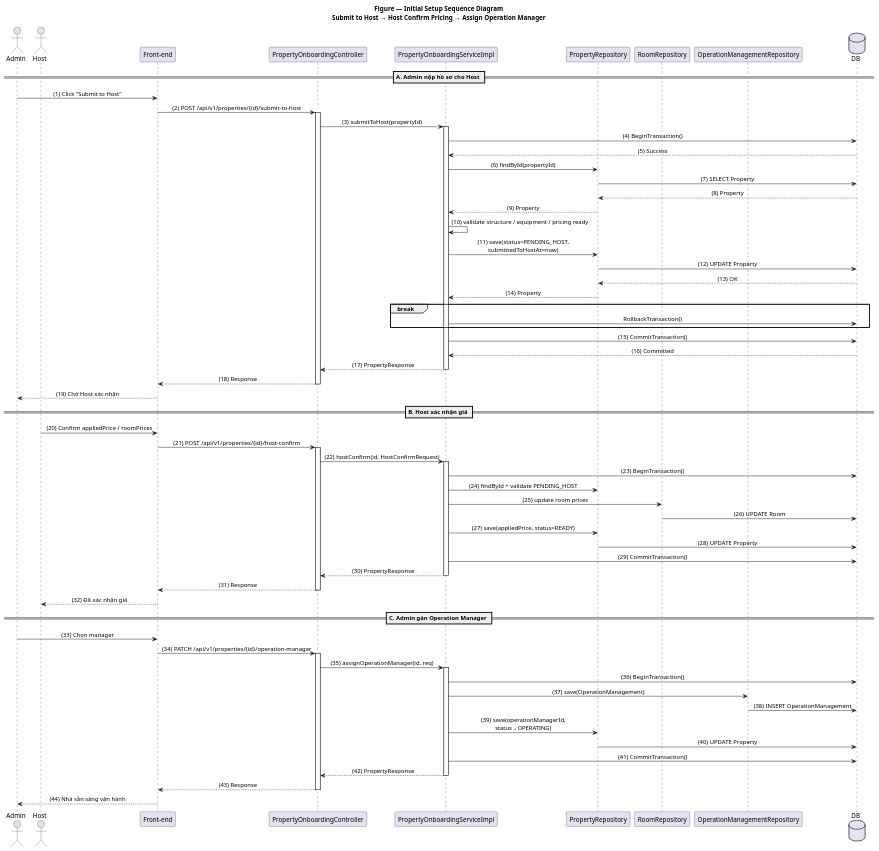
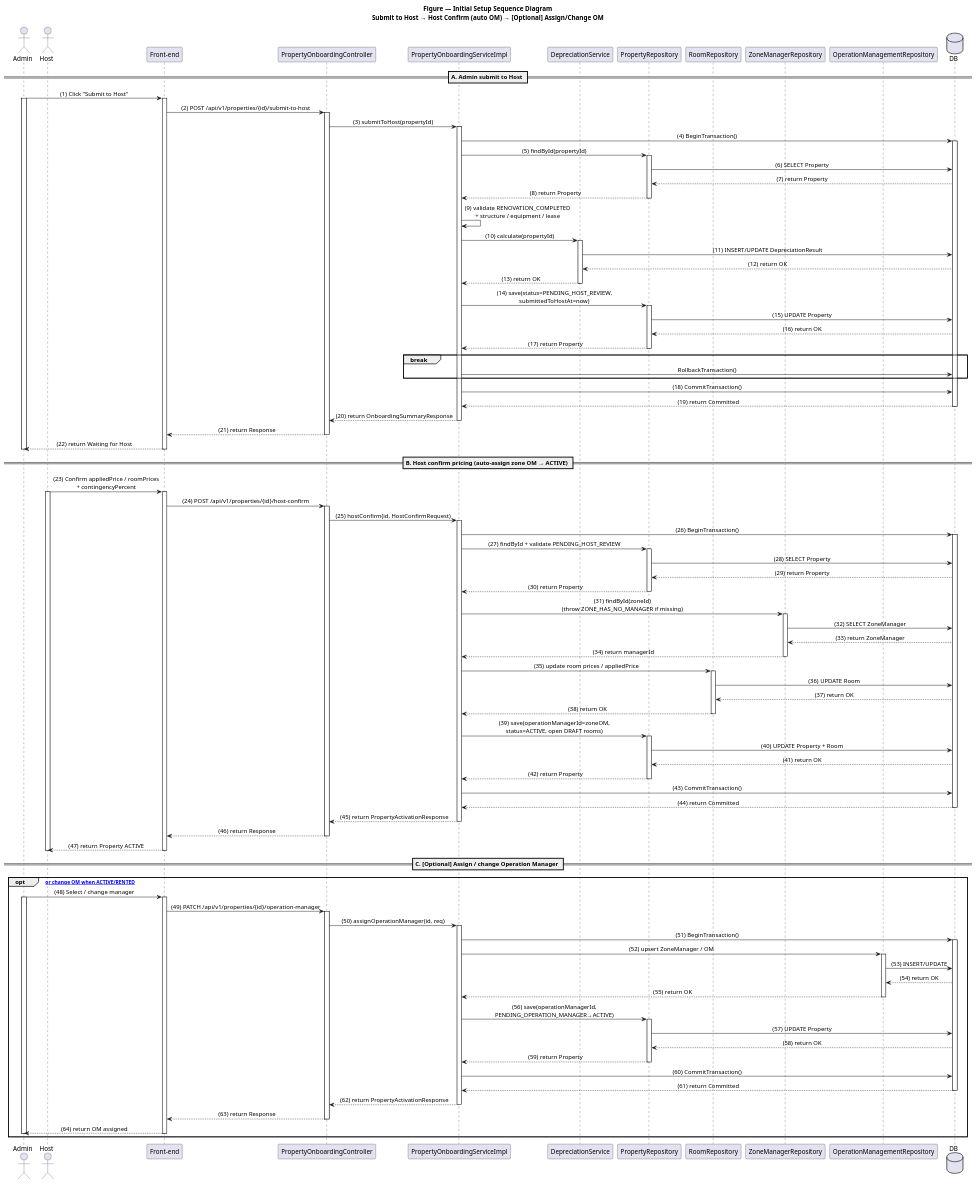
The diagram in docs/uml/main-flows/F1-initial-setup-sequence.puml (gowahskoja113/Sub-leasing-managemant-system), drawn with PlantUML before and after one commit. The commit also changed 26 other files, not shown here.

```diff
--- a/docs/uml/main-flows/F1-initial-setup-sequence.puml
+++ b/docs/uml/main-flows/F1-initial-setup-sequence.puml
@@ -1,85 +1,145 @@
 @startuml F1_InitialSetup_Sequence
-title Figure — Initial Setup Sequence Diagram\nSubmit to Host → Host Confirm Pricing → Assign Operation Manager
+title Figure — Initial Setup Sequence Diagram\nSubmit to Host → Host Confirm (auto OM) → [Optional] Assign/Change OM
 
 skinparam sequenceMessageAlign center
 skinparam responseMessageBelowArrow true
 
 actor Admin
 actor Host
 participant "Front-end" as FE
 participant "PropertyOnboardingController" as C
 participant "PropertyOnboardingServiceImpl" as S
+participant "DepreciationService" as DS
 participant "PropertyRepository" as PR
 participant "RoomRepository" as RR
+participant "ZoneManagerRepository" as ZMR
 participant "OperationManagementRepository" as OMR
 database DB
 
-== A. Admin nộp hồ sơ cho Host ==
+== A. Admin submit to Host ==
 
 Admin -> FE : (1) Click "Submit to Host"
+activate Admin
+activate FE
 FE -> C : (2) POST /api/v1/properties/{id}/submit-to-host
 activate C
 C -> S : (3) submitToHost(propertyId)
 activate S
 S -> DB : (4) BeginTransaction()
-DB --> S : (5) Success
-S -> PR : (6) findById(propertyId)
-PR -> DB : (7) SELECT Property
-DB --> PR : (8) Property
-PR --> S : (9) Property
-S -> S : (10) validate structure / equipment / pricing ready
-S -> PR : (11) save(status=PENDING_HOST,\nsubmittedToHostAt=now)
-PR -> DB : (12) UPDATE Property
-DB --> PR : (13) OK
-PR --> S : (14) Property
+activate DB
+S -> PR : (5) findById(propertyId)
+activate PR
+PR -> DB : (6) SELECT Property
+DB --> PR : (7) return Property
+PR --> S : (8) return Property
+deactivate PR
+S -> S : (9) validate RENOVATION_COMPLETED\n+ structure / equipment / lease
+S -> DS : (10) calculate(propertyId)
+activate DS
+DS -> DB : (11) INSERT/UPDATE DepreciationResult
+DB --> DS : (12) return OK
+DS --> S : (13) return OK
+deactivate DS
+S -> PR : (14) save(status=PENDING_HOST_REVIEW,\nsubmittedToHostAt=now)
+activate PR
+PR -> DB : (15) UPDATE Property
+DB --> PR : (16) return OK
+PR --> S : (17) return Property
+deactivate PR
 break
   S -> DB : RollbackTransaction()
 end
-S -> DB : (15) CommitTransaction()
-DB --> S : (16) Committed
-S --> C : (17) PropertyResponse
+S -> DB : (18) CommitTransaction()
+DB --> S : (19) return Committed
+deactivate DB
+S --> C : (20) return OnboardingSummaryResponse
 deactivate S
-C --> FE : (18) Response
+C --> FE : (21) return Response
 deactivate C
-FE --> Admin : (19) Chờ Host xác nhận
+FE --> Admin : (22) return Waiting for Host
+deactivate FE
+deactivate Admin
 
-== B. Host xác nhận giá ==
+== B. Host confirm pricing (auto-assign zone OM → ACTIVE) ==
 
-Host -> FE : (20) Confirm appliedPrice / roomPrices
-FE -> C : (21) POST /api/v1/properties/{id}/host-confirm
+Host -> FE : (23) Confirm appliedPrice / roomPrices\n+ contingencyPercent
+activate Host
+activate FE
+FE -> C : (24) POST /api/v1/properties/{id}/host-confirm
 activate C
-C -> S : (22) hostConfirm(id, HostConfirmRequest)
+C -> S : (25) hostConfirm(id, HostConfirmRequest)
 activate S
-S -> DB : (23) BeginTransaction()
-S -> PR : (24) findById + validate PENDING_HOST
-S -> RR : (25) update room prices
-RR -> DB : (26) UPDATE Room
-S -> PR : (27) save(appliedPrice, status=READY)
-PR -> DB : (28) UPDATE Property
-S -> DB : (29) CommitTransaction()
-S --> C : (30) PropertyResponse
+S -> DB : (26) BeginTransaction()
+activate DB
+S -> PR : (27) findById + validate PENDING_HOST_REVIEW
+activate PR
+PR -> DB : (28) SELECT Property
+DB --> PR : (29) return Property
+PR --> S : (30) return Property
+deactivate PR
+S -> ZMR : (31) findById(zoneId)\n(throw ZONE_HAS_NO_MANAGER if missing)
+activate ZMR
+ZMR -> DB : (32) SELECT ZoneManager
+DB --> ZMR : (33) return ZoneManager
+ZMR --> S : (34) return managerId
+deactivate ZMR
+S -> RR : (35) update room prices / appliedPrice
+activate RR
+RR -> DB : (36) UPDATE Room
+DB --> RR : (37) return OK
+RR --> S : (38) return OK
+deactivate RR
+S -> PR : (39) save(operationManagerId=zoneOM,\nstatus=ACTIVE, open DRAFT rooms)
+activate PR
+PR -> DB : (40) UPDATE Property + Room
+DB --> PR : (41) return OK
+PR --> S : (42) return Property
+deactivate PR
+S -> DB : (43) CommitTransaction()
+DB --> S : (44) return Committed
+deactivate DB
+S --> C : (45) return PropertyActivationResponse
 deactivate S
-C --> FE : (31) Response
+C --> FE : (46) return Response
 deactivate C
-FE --> Host : (32) Đã xác nhận giá
+FE --> Host : (47) return Property ACTIVE
+deactivate FE
+deactivate Host
 
-== C. Admin gán Operation Manager ==
+== C. [Optional] Assign / change Operation Manager ==
 
-Admin -> FE : (33) Chọn manager
-FE -> C : (34) PATCH /api/v1/properties/{id}/operation-manager
-activate C
-C -> S : (35) assignOperationManager(id, req)
-activate S
-S -> DB : (36) BeginTransaction()
-S -> OMR : (37) save(OperationManagement)
-OMR -> DB : (38) INSERT OperationManagement
-S -> PR : (39) save(operationManagerId,\nstatus→OPERATING)
-PR -> DB : (40) UPDATE Property
-S -> DB : (41) CommitTransaction()
-S --> C : (42) PropertyResponse
-deactivate S
-C --> FE : (43) Response
-deactivate C
-FE --> Admin : (44) Nhà sẵn sàng vận hành
+opt [PENDING_OPERATION_MANAGER or change OM when ACTIVE/RENTED]
+  Admin -> FE : (48) Select / change manager
+  activate Admin
+  activate FE
+  FE -> C : (49) PATCH /api/v1/properties/{id}/operation-manager
+  activate C
+  C -> S : (50) assignOperationManager(id, req)
+  activate S
+  S -> DB : (51) BeginTransaction()
+  activate DB
+  S -> OMR : (52) upsert ZoneManager / OM
+  activate OMR
+  OMR -> DB : (53) INSERT/UPDATE
+  DB --> OMR : (54) return OK
+  OMR --> S : (55) return OK
+  deactivate OMR
+  S -> PR : (56) save(operationManagerId,\nPENDING_OPERATION_MANAGER→ACTIVE)
+  activate PR
+  PR -> DB : (57) UPDATE Property
+  DB --> PR : (58) return OK
+  PR --> S : (59) return Property
+  deactivate PR
+  S -> DB : (60) CommitTransaction()
+  DB --> S : (61) return Committed
+  deactivate DB
+  S --> C : (62) return PropertyActivationResponse
+  deactivate S
+  C --> FE : (63) return Response
+  deactivate C
+  FE --> Admin : (64) return OM assigned
+  deactivate FE
+  deactivate Admin
+end
 
 @enduml
```
